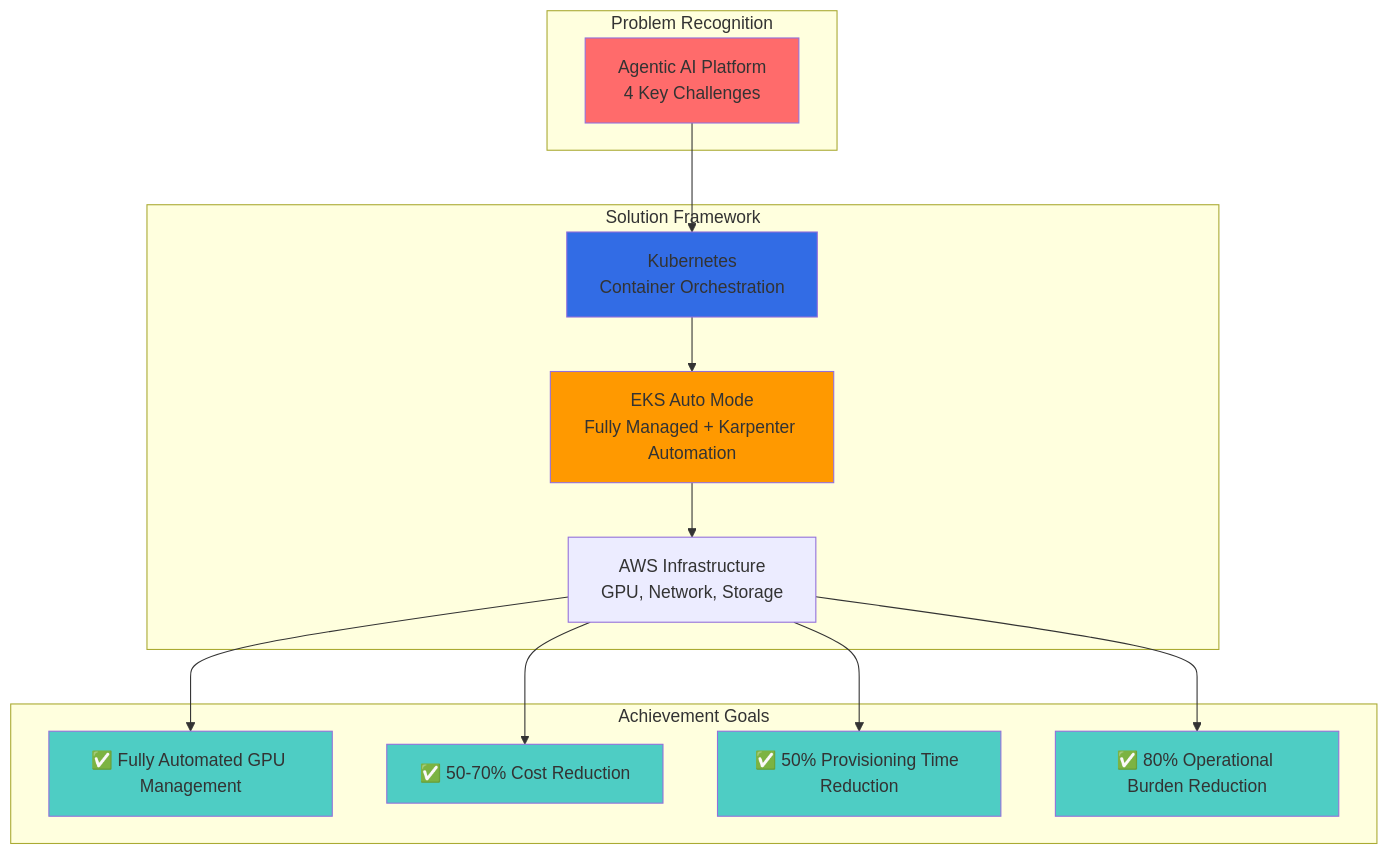
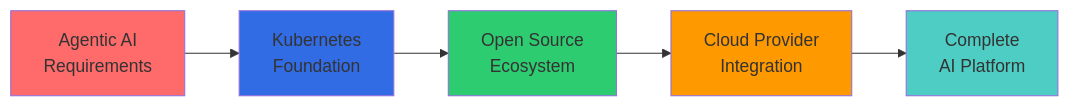
Diagram 13 of 13 in i18n/en/docusaurus-plugin-content-docs/current/agentic-ai-platform/agentic-ai-challenges.md (devfloor9/engineering-playbook), drawn with Mermaid before and after one commit. The commit also changed other lines of this file and 4 other files, not shown here.

````diff
--- a/i18n/en/docusaurus-plugin-content-docs/current/agentic-ai-platform/agentic-ai-challenges.md
+++ b/i18n/en/docusaurus-plugin-content-docs/current/agentic-ai-platform/agentic-ai-challenges.md
@@ -1874,32 +802,13 @@
 ```mermaid
-graph TB
-    subgraph "Problem Recognition"
-        P["Agentic AI Platform<br/>4 Key Challenges"]
-    end
+graph LR
+    START["Agentic AI<br/>Requirements"] --> K8S["Kubernetes<br/>Foundation"]
+    K8S --> OSS["Open Source<br/>Ecosystem"]
+    OSS --> CLOUD["Cloud Provider<br/>Integration"]
+    CLOUD --> SOLUTION["Complete<br/>AI Platform"]
 
-    subgraph "Solution Framework"
-        K8S["Kubernetes<br/>Container Orchestration"]
-        AUTO["EKS Auto Mode<br/>Fully Managed + Karpenter Automation"]
-        AWS["AWS Infrastructure<br/>GPU, Network, Storage"]
-    end
-
-    subgraph "Achievement Goals"
-        G1["✅ Fully Automated GPU Management"]
-        G2["✅ 50-70% Cost Reduction"]
-        G3["✅ 50% Provisioning Time Reduction"]
-        G4["✅ 80% Operational Burden Reduction"]
-    end
-
-    P --> K8S
-    K8S --> AUTO
-    AUTO --> AWS
-    AWS --> G1 & G2 & G3 & G4
-
-    style P fill:#ff6b6b
+    style START fill:#ff6b6b
     style K8S fill:#326ce5
-    style AUTO fill:#ff9900
-    style G1 fill:#4ecdc4
-    style G2 fill:#4ecdc4
-    style G3 fill:#4ecdc4
-    style G4 fill:#4ecdc4
+    style OSS fill:#2ecc71
+    style CLOUD fill:#ff9900
+    style SOLUTION fill:#4ecdc4
 ```
````
